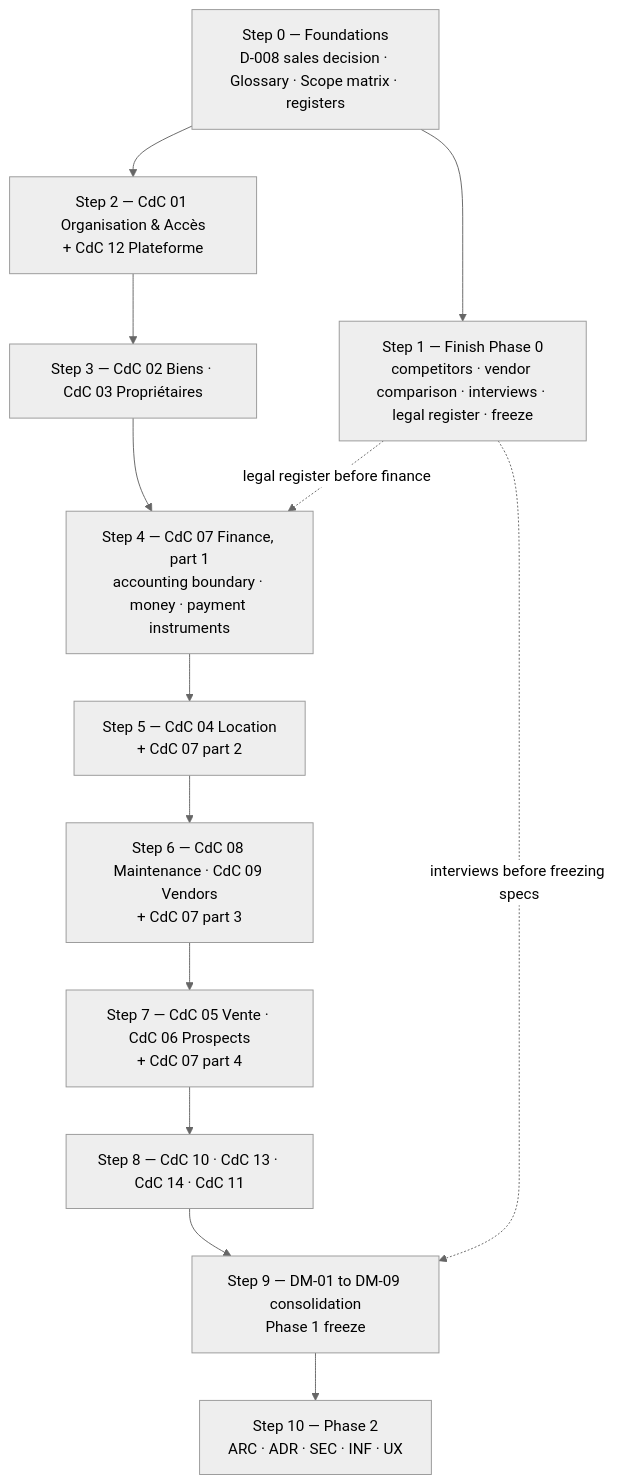
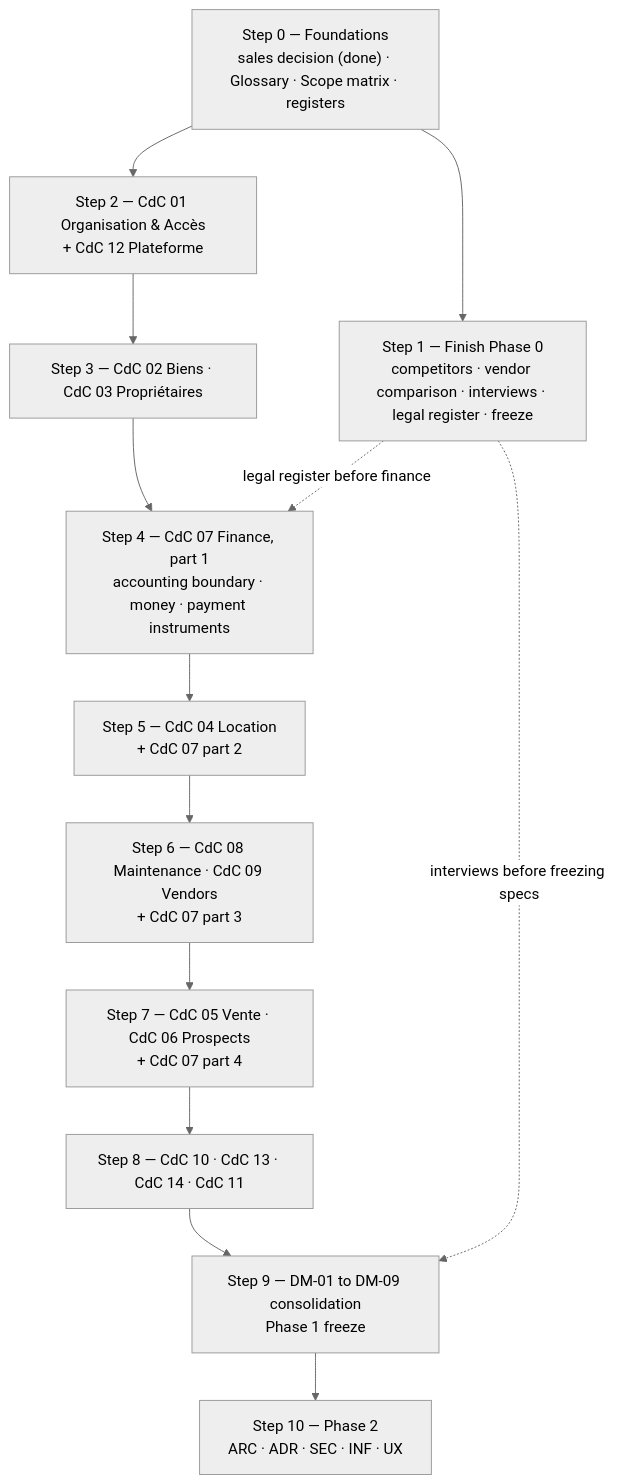
The diagram in docs/00-documentation-map.md (hamzAmbarki2/ERP), drawn with Mermaid (neutral theme) before and after one commit. The commit also changed other lines of this file and 2 other files, not shown here.

First line of the commit message:
Include property sales in Phase 0 and CdC 00

````diff
--- a/docs/00-documentation-map.md
+++ b/docs/00-documentation-map.md
@@ -252,18 +254,18 @@
 ``` mermaid
 flowchart TD
-  S0["Step 0 — Foundations<br/>D-008 sales decision · Glossary · Scope matrix · registers"]
+  S0["Step 0 — Foundations<br/>sales decision (done) · Glossary · Scope matrix · registers"]
   P0["Step 1 — Finish Phase 0<br/>competitors · vendor comparison · interviews · legal register · freeze"]
   S2["Step 2 — CdC 01 Organisation & Accès<br/>+ CdC 12 Plateforme"]
   S3["Step 3 — CdC 02 Biens · CdC 03 Propriétaires"]
   S4["Step 4 — CdC 07 Finance, part 1<br/>accounting boundary · money · payment instruments"]
   S5["Step 5 — CdC 04 Location<br/>+ CdC 07 part 2"]
   S6["Step 6 — CdC 08 Maintenance · CdC 09 Vendors<br/>+ CdC 07 part 3"]
   S7["Step 7 — CdC 05 Vente · CdC 06 Prospects<br/>+ CdC 07 part 4"]
   S8["Step 8 — CdC 10 · CdC 13 · CdC 14 · CdC 11"]
   S9["Step 9 — DM-01 to DM-09 consolidation<br/>Phase 1 freeze"]
   S10["Step 10 — Phase 2<br/>ARC · ADR · SEC · INF · UX"]
   S0 --> S2 --> S3 --> S4 --> S5 --> S6 --> S7 --> S8 --> S9 --> S10
   S0 --> P0
   P0 -. "legal register before finance" .-> S4
   P0 -. "interviews before freezing specs" .-> S9
 ```
````
